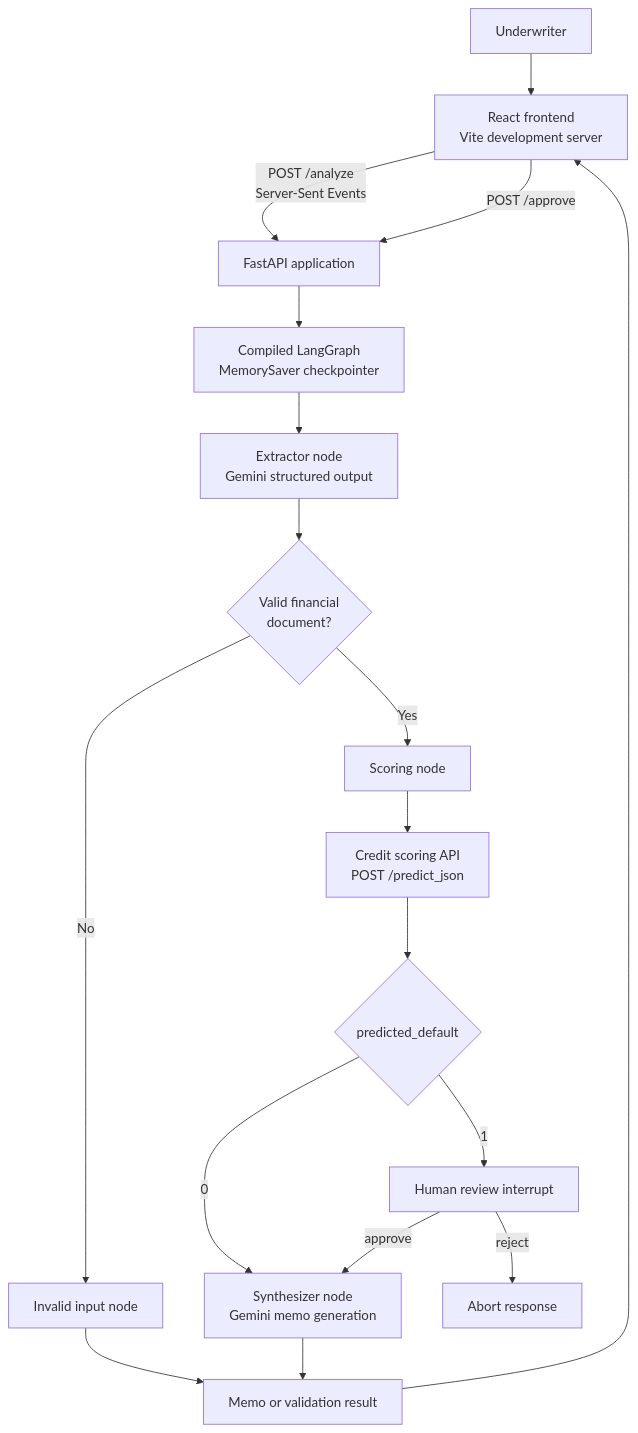
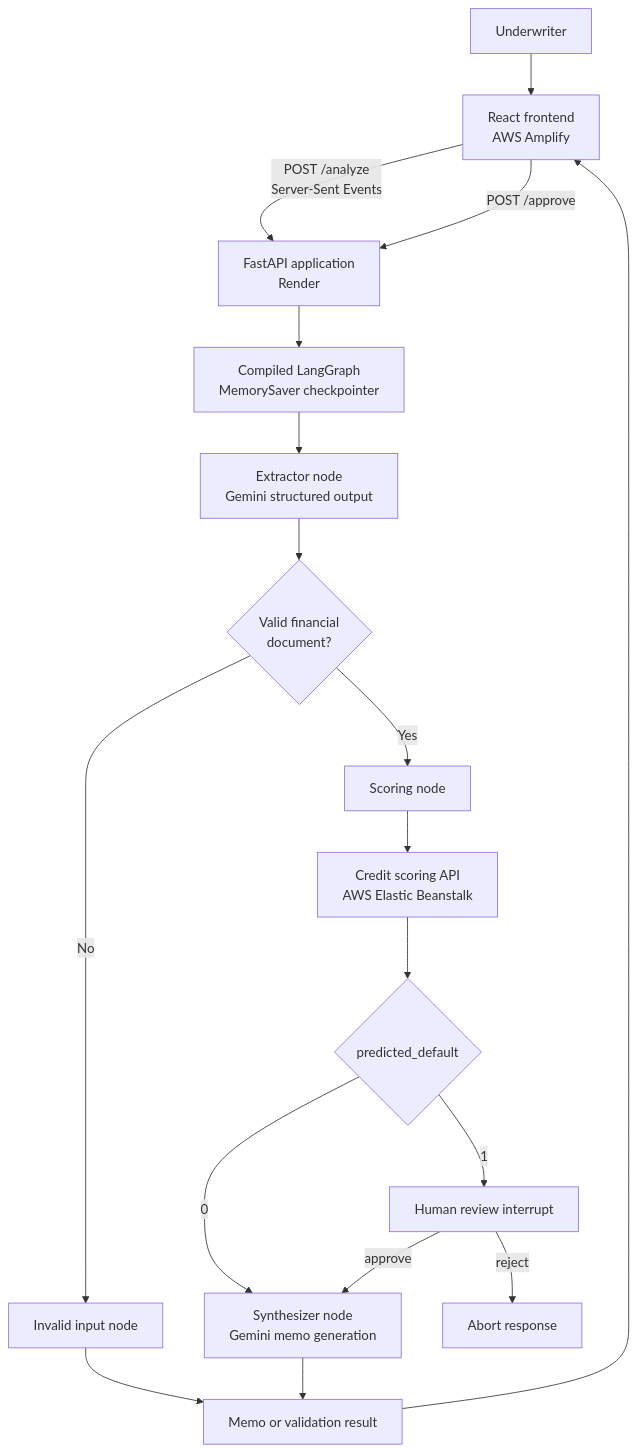
One commit to AdityaRanganekar/CorporateCreditDueDiligenceAgent changed the first of 2 diagrams in README.md. Above: the diagram before and after it, drawn with Mermaid. The commit also changed other lines of this file, not shown here.

````diff
--- a/README.md
+++ b/README.md
@@ -14,20 +14,20 @@
 ```mermaid
 flowchart TD
-    U[Underwriter] --> FE[React frontend<br/>Vite development server]
-    FE -->|POST /analyze<br/>Server-Sent Events| API[FastAPI application]
+    U[Underwriter] --> FE[React frontend<br/>AWS Amplify]
+    FE -->|POST /analyze<br/>Server-Sent Events| API[FastAPI application<br/>Render]
     API --> LG[Compiled LangGraph<br/>MemorySaver checkpointer]
     LG --> EX[Extractor node<br/>Gemini structured output]
     EX --> VF{Valid financial<br/>document?}
     VF -->|No| INV[Invalid input node]
     VF -->|Yes| SC[Scoring node]
-    SC --> CR[Credit scoring API<br/>POST /predict_json]
+    SC --> CR[Credit scoring API<br/>AWS Elastic Beanstalk]
     CR --> R{predicted_default}
     R -->|0| SY[Synthesizer node<br/>Gemini memo generation]
     R -->|1| HR[Human review interrupt]
     FE -->|POST /approve| API
     HR -->|approve| SY
     HR -->|reject| AB[Abort response]
     INV --> OUT[Memo or validation result]
     SY --> OUT
     OUT --> FE
 ```
````
